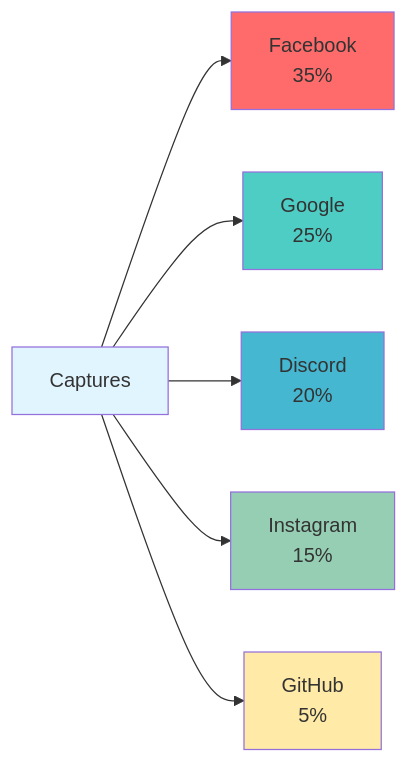
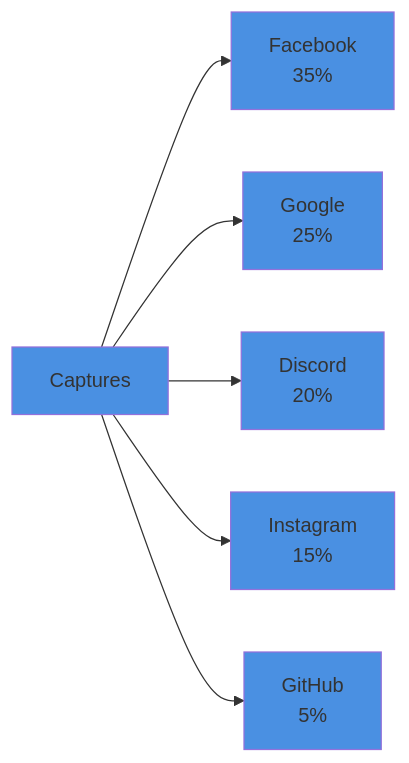
Before and after one commit to syed-sameer-ul-hassan/FishME: the fifth of 9 diagrams in README.md, drawn with Mermaid.

Commit message:
collor fix

````diff
--- a/README.md
+++ b/README.md
@@ -190,15 +190,15 @@
 ```mermaid
 graph LR
     A[Captures] --> B[Facebook<br/>35%]
     A --> C[Google<br/>25%]
     A --> D[Discord<br/>20%]
     A --> E[Instagram<br/>15%]
     A --> F[GitHub<br/>5%]
     
-    style A fill:#e1f5ff
-    style B fill:#ff6b6b
-    style C fill:#4ecdc4
-    style D fill:#45b7d1
-    style E fill:#96ceb4
-    style F fill:#ffeaa7
+    style A fill:#4a90e2
+    style B fill:#4a90e2
+    style C fill:#4a90e2
+    style D fill:#4a90e2
+    style E fill:#4a90e2
+    style F fill:#4a90e2
 ```
````
